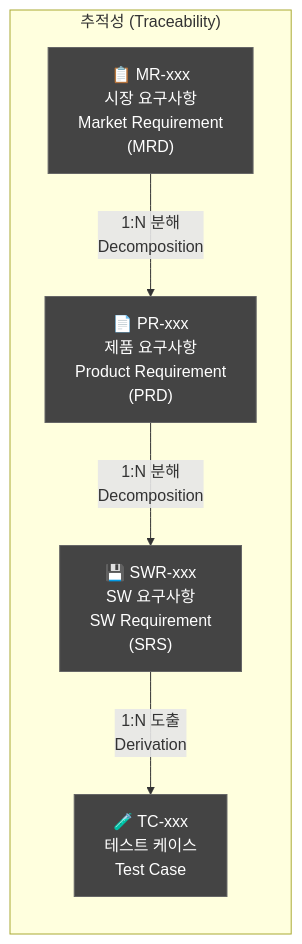
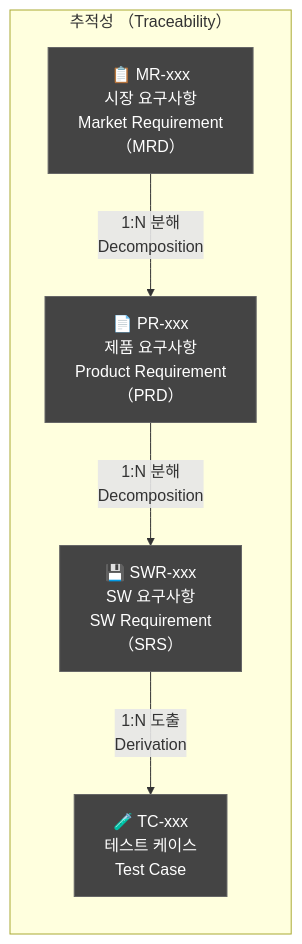
The fourth of 15 diagrams in docs/management/DOC-003a_SW_Development_Procedure_v1.0.md (holee9/console-gui), drawn with Mermaid before and after one commit. The commit also changed other lines of this file and 22 other files, not shown here.

First line of the commit message:
fix: Mermaid flowchart 노드 내 괄호 파싱 오류 전면 수정

````diff
--- a/docs/management/DOC-003a_SW_Development_Procedure_v1.0.md
+++ b/docs/management/DOC-003a_SW_Development_Procedure_v1.0.md
@@ -526,19 +526,19 @@
 ```mermaid
 flowchart LR
     classDef default fill:#444,stroke:#666,color:#fff
-    MR["📋 MR-xxx\n시장 요구사항\nMarket Requirement\n(MRD)"]
-    PR["📄 PR-xxx\n제품 요구사항\nProduct Requirement\n(PRD)"]
-    SWR["💾 SWR-xxx\nSW 요구사항\nSW Requirement\n(SRS)"]
+    MR["📋 MR-xxx\n시장 요구사항\nMarket Requirement\n（MRD）"]
+    PR["📄 PR-xxx\n제품 요구사항\nProduct Requirement\n（PRD）"]
+    SWR["💾 SWR-xxx\nSW 요구사항\nSW Requirement\n（SRS）"]
     TEST["🧪 TC-xxx\n테스트 케이스\nTest Case"]
 
     MR -->|"1:N 분해\nDecomposition"| PR
     PR -->|"1:N 분해\nDecomposition"| SWR
     SWR -->|"1:N 도출\nDerivation"| TEST
 
-    subgraph TRACE["추적성 (Traceability)"]
+    subgraph TRACE["추적성 （Traceability）"]
         MR
         PR
         SWR
         TEST
     end
 ```
````
